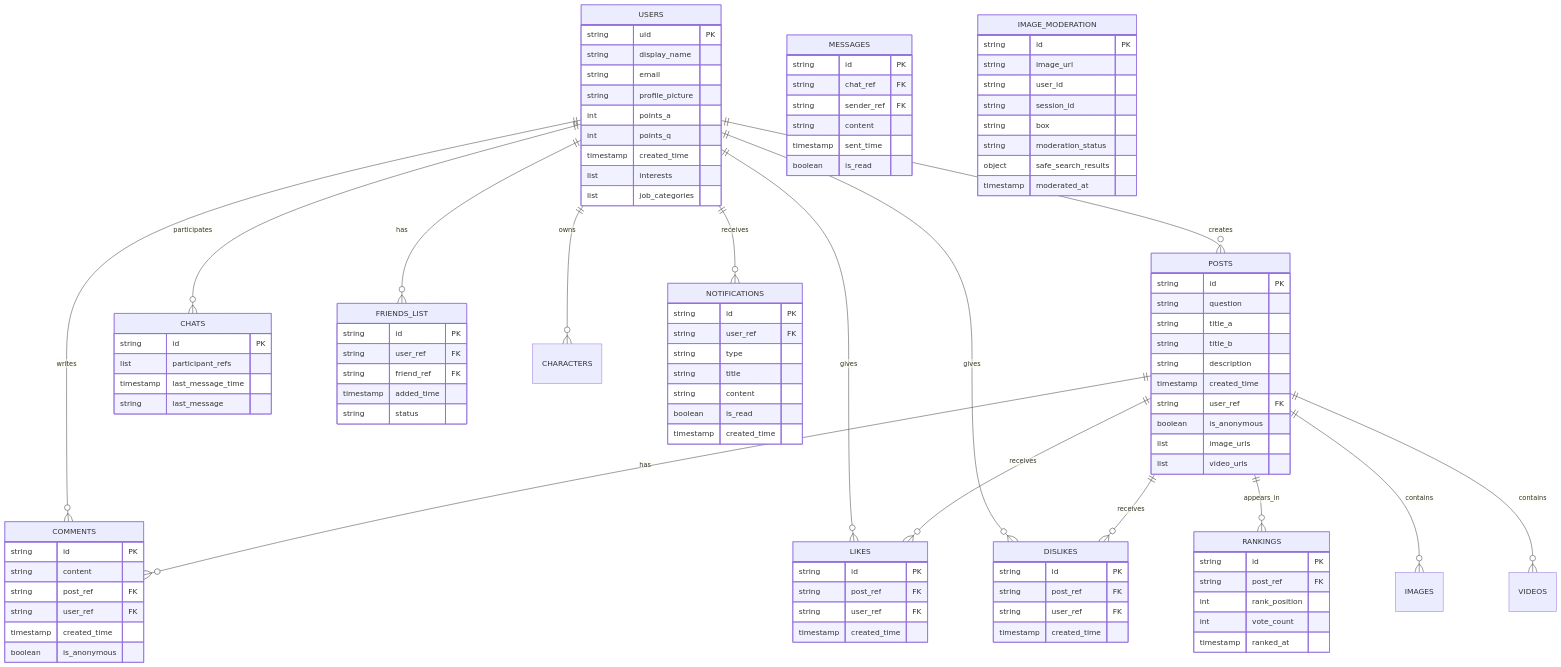
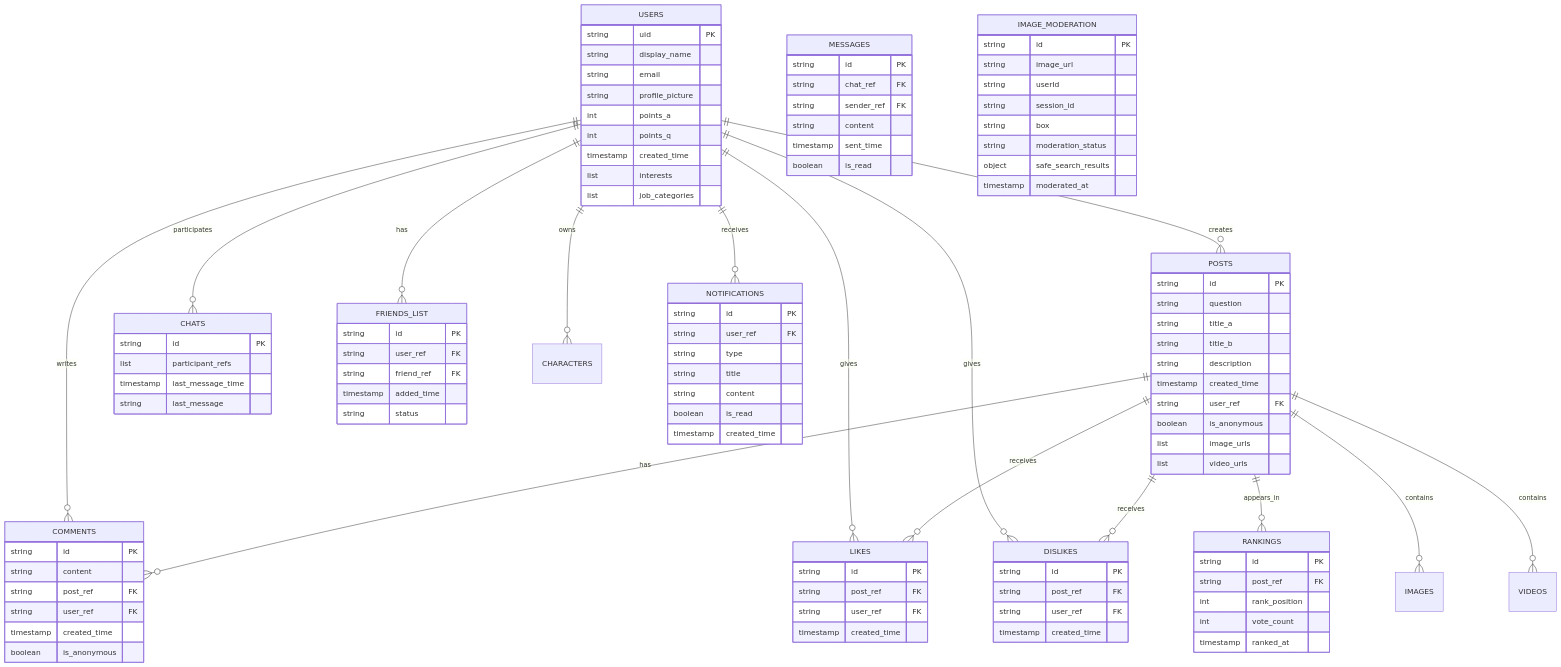
The second of 17 diagrams in 백엔드다이어그램.md (gblack84/versus-cursor), drawn with Mermaid before and after one commit. The commit also changed other lines of this file and 89 other files, not shown here.

```diff
--- a/백엔드다이어그램.md
+++ b/백엔드다이어그램.md
@@ -184,7 +184,7 @@
     IMAGE_MODERATION {
         string id PK
         string image_url
-        string user_id
+        string userId
         string session_id
         string box
         string moderation_status
```
